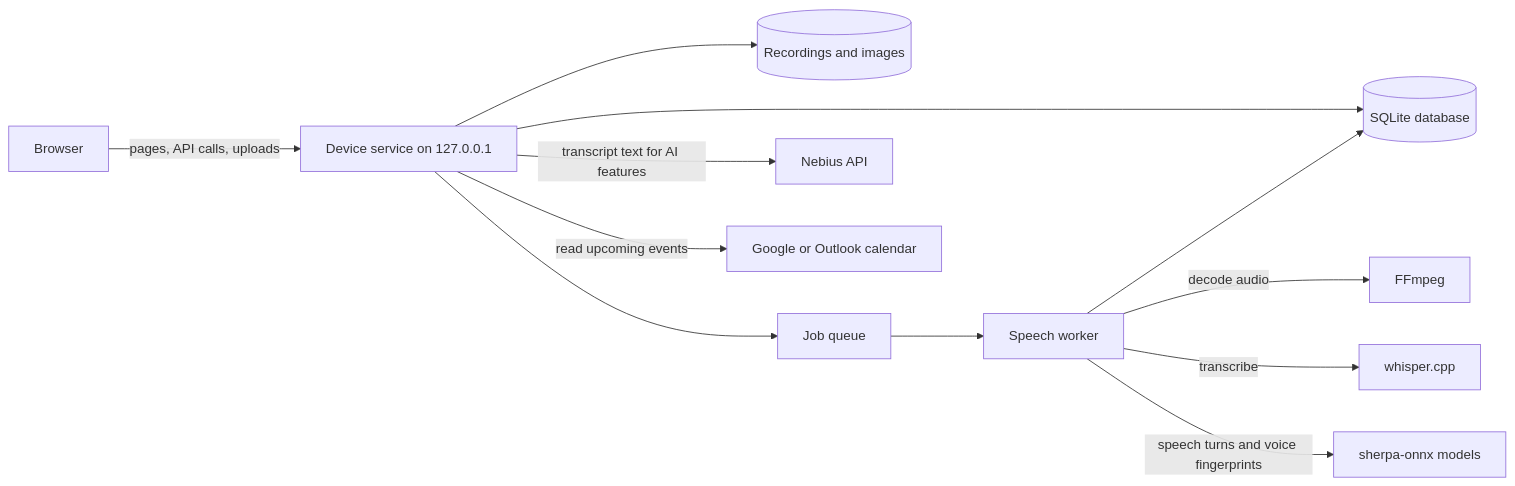
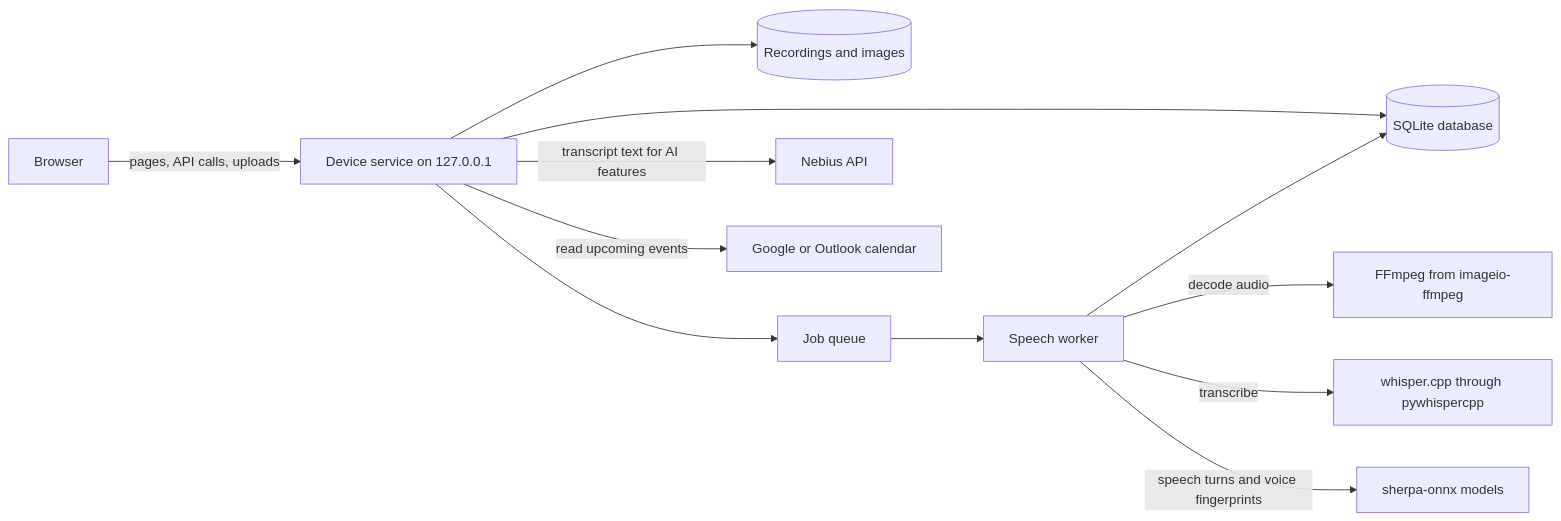
Before and after one commit to reversely/stellis-health-dev: the diagram in docs/architecture.md, drawn with Mermaid. The commit also changed other lines of this file and 30 other files, not shown here.

````diff
--- a/docs/architecture.md
+++ b/docs/architecture.md
@@ -5,14 +5,14 @@
 ```mermaid
 flowchart LR
   B[Browser] -->|pages, API calls, uploads| S[Device service on 127.0.0.1]
   S --> DB[(SQLite database)]
   S --> F[(Recordings and images)]
   S --> Q[Job queue]
   Q --> W[Speech worker]
-  W -->|decode audio| FF[FFmpeg]
-  W -->|transcribe| WH[whisper.cpp]
+  W -->|decode audio| FF[FFmpeg from imageio-ffmpeg]
+  W -->|transcribe| WH[whisper.cpp through pywhispercpp]
   W -->|speech turns and voice fingerprints| SO[sherpa-onnx models]
   W --> DB
   S -->|transcript text for AI features| N[Nebius API]
   S -->|read upcoming events| CAL[Google or Outlook calendar]
 ```
````
